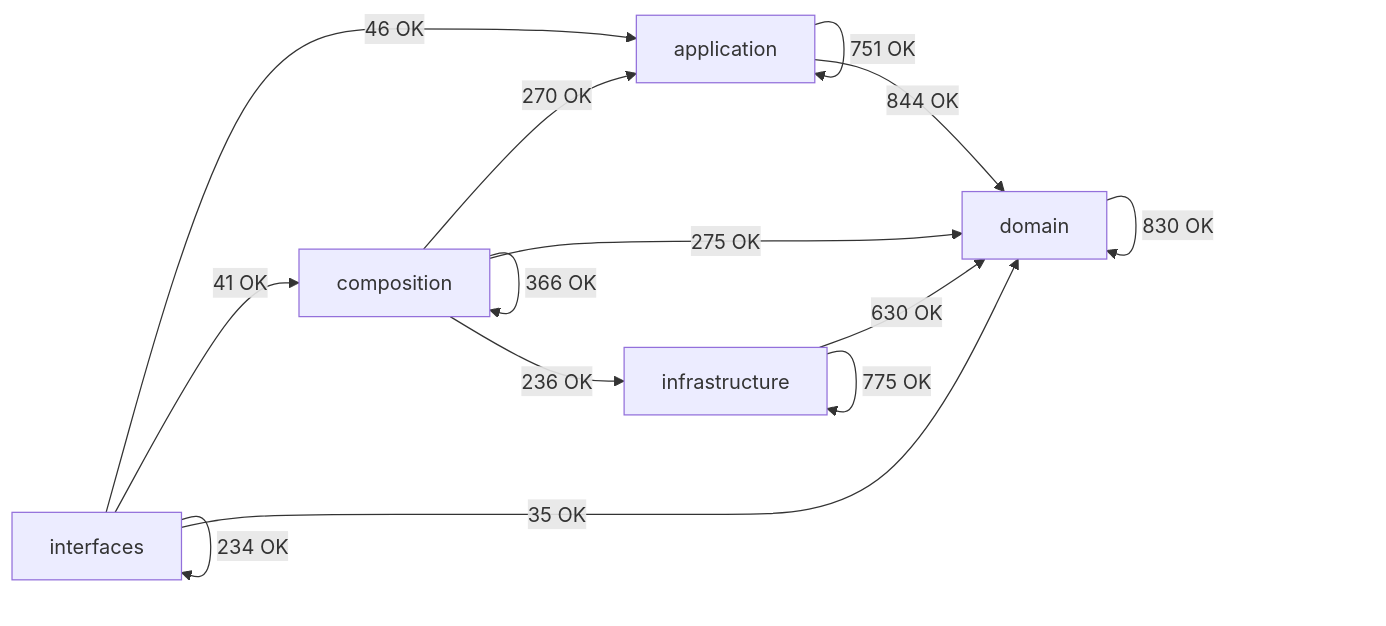
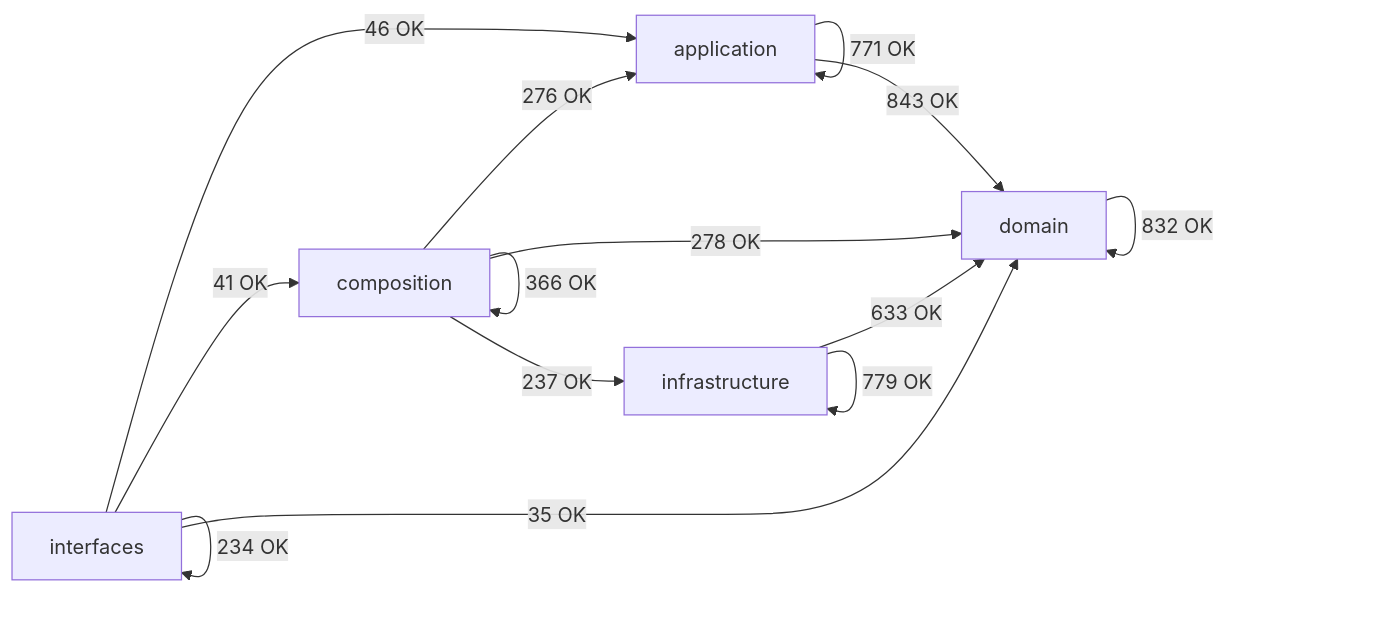
Before and after one commit to SatoryKono/BioactivityDataAcquisition: the diagram in docs/02-architecture/generated/module-dependency-map.md, drawn with Mermaid. The commit also changed other lines of this file and 40 other files, not shown here.

````diff
--- a/docs/02-architecture/generated/module-dependency-map.md
+++ b/docs/02-architecture/generated/module-dependency-map.md
@@ -26,21 +26,21 @@
 ```mermaid
 flowchart LR
     domain[domain]
     application[application]
     infrastructure[infrastructure]
     composition[composition]
     interfaces[interfaces]
-    application -->|751 OK| application
-    application -->|844 OK| domain
-    composition -->|270 OK| application
+    application -->|771 OK| application
+    application -->|843 OK| domain
+    composition -->|276 OK| application
     composition -->|366 OK| composition
-    composition -->|275 OK| domain
-    composition -->|236 OK| infrastructure
-    domain -->|830 OK| domain
-    infrastructure -->|630 OK| domain
-    infrastructure -->|775 OK| infrastructure
+    composition -->|278 OK| domain
+    composition -->|237 OK| infrastructure
+    domain -->|832 OK| domain
+    infrastructure -->|633 OK| domain
+    infrastructure -->|779 OK| infrastructure
     interfaces -->|46 OK| application
     interfaces -->|41 OK| composition
     interfaces -->|35 OK| domain
     interfaces -->|234 OK| interfaces
 ```
````
